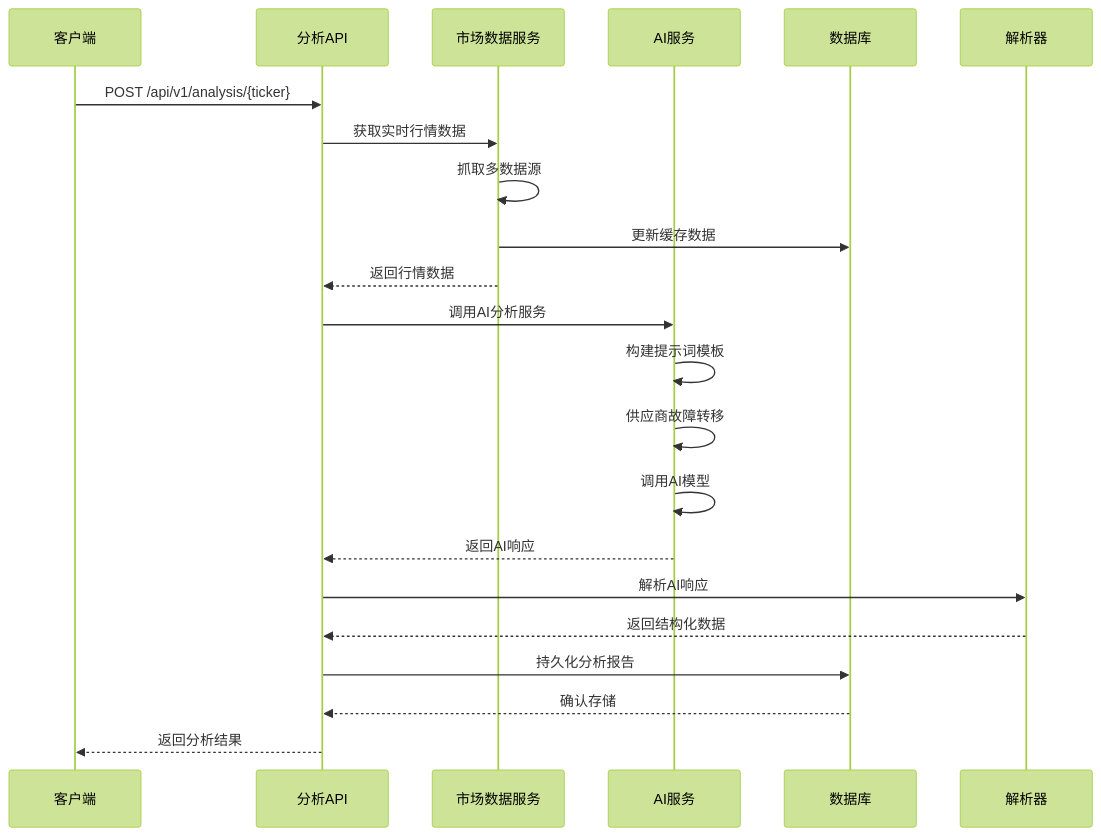
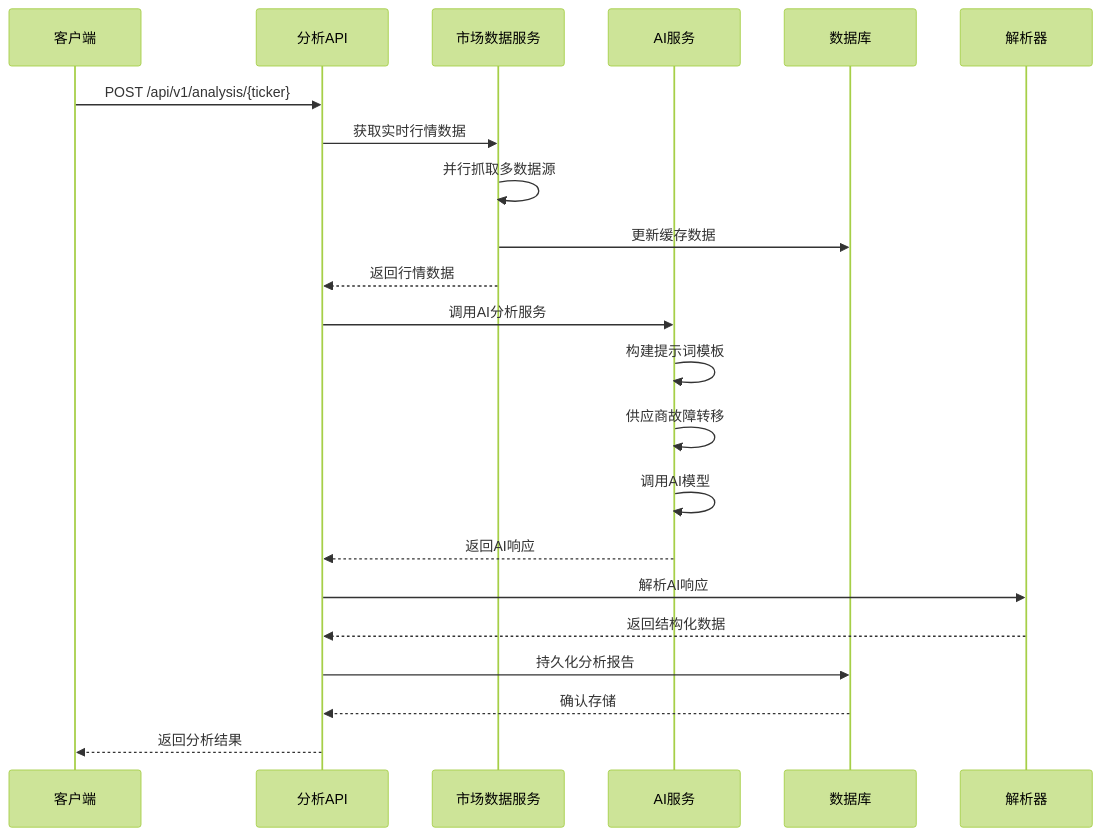
One commit to breeze-lyf/ai-stock-advisor changed the sixth of 15 diagrams in .qoder/repowiki/zh/content/Enhanced Ai Analysis Service.md. Above: the diagram before and after it, drawn with Mermaid (forest theme). The commit also changed other lines of this file and 43 other files, not shown here.

````diff
--- a/.qoder/repowiki/zh/content/Enhanced Ai Analysis Service.md
+++ b/.qoder/repowiki/zh/content/Enhanced Ai Analysis Service.md
@@ -331,24 +366,24 @@
 ```mermaid
 sequenceDiagram
 participant Client as 客户端
 participant API as 分析API
 participant Market as 市场数据服务
 participant AI as AI服务
 participant DB as 数据库
 participant Parser as 解析器
 Client->>API : POST /api/v1/analysis/{ticker}
 API->>Market : 获取实时行情数据
-Market->>Market : 抓取多数据源
+Market->>Market : 并行抓取多数据源
 Market->>DB : 更新缓存数据
 Market-->>API : 返回行情数据
 API->>AI : 调用AI分析服务
 AI->>AI : 构建提示词模板
 AI->>AI : 供应商故障转移
 AI->>AI : 调用AI模型
 AI-->>API : 返回AI响应
 API->>Parser : 解析AI响应
 Parser-->>API : 返回结构化数据
 API->>DB : 持久化分析报告
 DB-->>API : 确认存储
 API-->>Client : 返回分析结果
 ```
````
